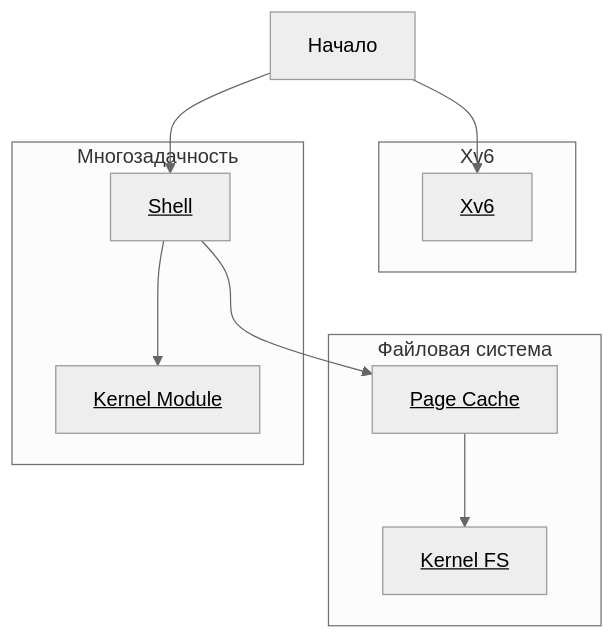
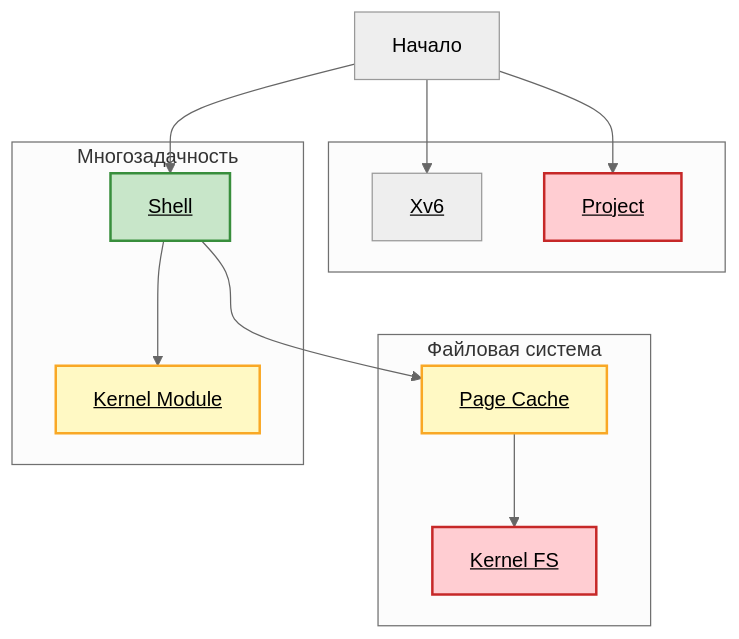
Before and after one commit to secs-dev/os-course: the diagram in README.md, drawn with Mermaid (neutral theme). The commit also changed 1 other file, not shown here.

Commit message:
Colorize

````diff
--- a/README.md
+++ b/README.md
@@ -23,27 +23,40 @@
 ```mermaid
 graph TD
     start["Начало"]
 
-    subgraph xv6_ ["Xv6"]
+    subgraph other [" "]
         xv6["<a href='https://github.com/secs-dev/xv6-riscv' style='color:black;'>Xv6</a>"]
+        project["<a href='https://github.com/secs-dev/os-course/blob/main/lab/project/README.md' style='color:black;'>Project</a>"]
     end
 
     subgraph fs ["Файловая система"]
         vtpc["<a href='https://github.com/secs-dev/os-course/blob/main/lab/vtpc/README.md' style='color:black;'>Page Cache</a>"]
         vtfs["<a href='https://github.com/secs-dev/os-course/blob/main/lab/vtfs/README.md' style='color:black;'>Kernel FS</a>"]
     end
 
     subgraph mp ["Многозадачность"]
         vtsh["<a href='https://github.com/secs-dev/os-course/blob/main/lab/vtsh/README.md' style='color:black;'>Shell</a>"]
     end
 
     subgraph mp ["Linux"]
         vtkm["<a href='https://github.com/secs-dev/os-course/blob/main/lab/vtkm/README.md' style='color:black;'>Kernel Module</a>"]
     end
 
     start --> xv6
+    start --> project
     start --> vtsh
     vtsh --> vtpc
     vtsh --> vtkm
     vtpc --> vtfs
+
+    classDef free fill:#eceff1,stroke:#607d8b,stroke-width:2px,color:#37474f
+    classDef easy fill:#c8e6c9,stroke:#388e3c,stroke-width:2px,color:#1b5e20
+    classDef medium fill:#fff9c4,stroke:#f9a825,stroke-width:2px,color:#f57f17
+    classDef hard fill:#ffcdd2,stroke:#c62828,stroke-width:2px,color:#b71c1c
+
+    class project hard
+    class vtsh easy
+    class vtpc medium
+    class vtkm medium
+    class vtfs hard
 ```
````
